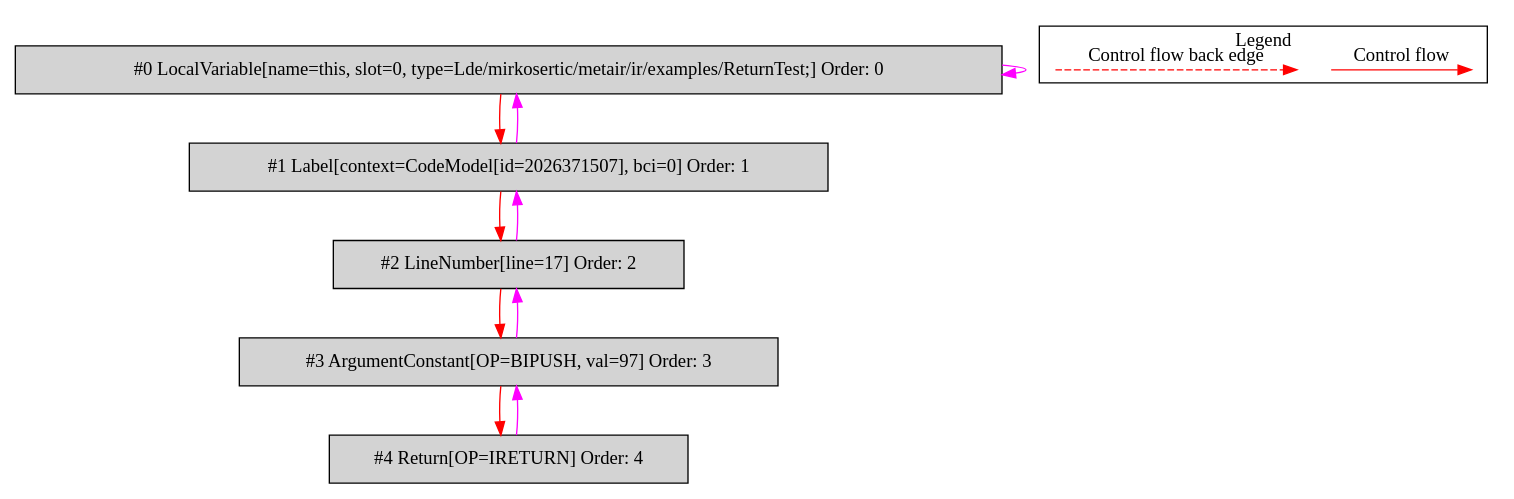
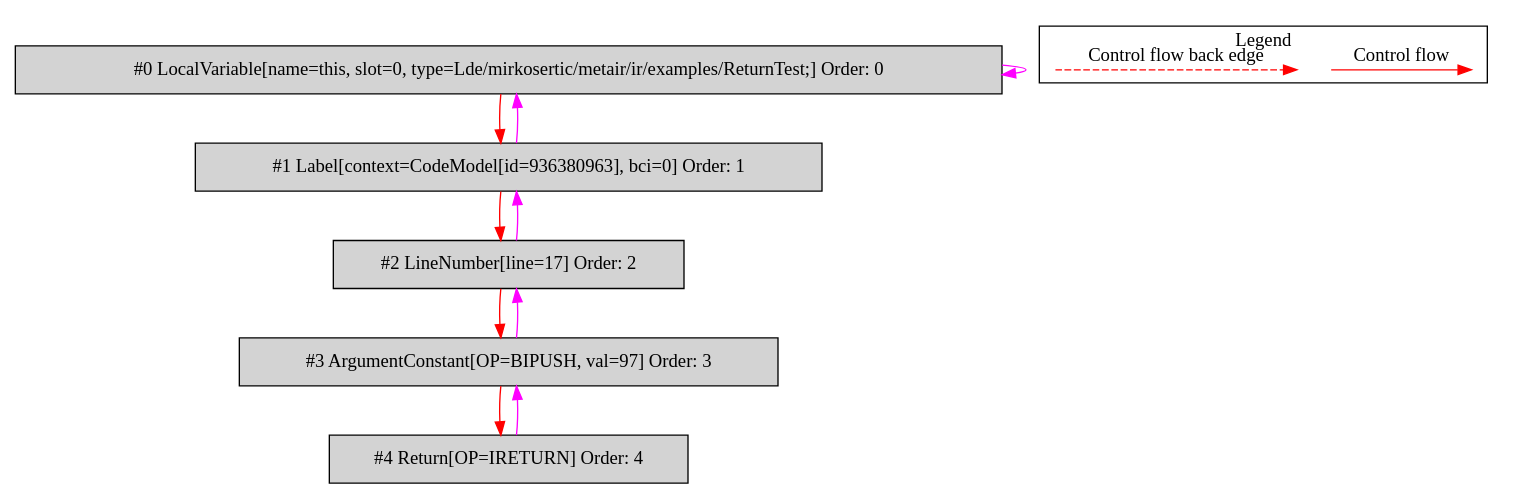
Before and after one commit to mirkosertic/MetaIR: the diagram in de.mirkosertic.metair.ir.examples.ReturnTest/returnChar/bytecodecfg.dot, drawn with Graphviz. The commit also changed 612 other files, not shown here.

```diff
--- a/de.mirkosertic.metair.ir.examples.ReturnTest/returnChar/bytecodecfg.dot
+++ b/de.mirkosertic.metair.ir.examples.ReturnTest/returnChar/bytecodecfg.dot
@@ -1,31 +1,31 @@
 digraph {
  ordering="in";
  node0[label="#0 LocalVariable[name=this, slot=0, type=Lde/mirkosertic/metair/ir/examples/ReturnTest;] Order: 0", shape=box, fillcolor=lightgrey, style=filled];
- node1[label="#1 Label[context=CodeModel[id=2026371507], bci=0] Order: 1", shape=box, fillcolor=lightgrey, style=filled];
+ node1[label="#1 Label[context=CodeModel[id=936380963], bci=0] Order: 1", shape=box, fillcolor=lightgrey, style=filled];
  node2[label="#2 LineNumber[line=17] Order: 2", shape=box, fillcolor=lightgrey, style=filled];
  node3[label="#3 ArgumentConstant[OP=BIPUSH, val=97] Order: 3", shape=box, fillcolor=lightgrey, style=filled];
  node4[label="#4 Return[OP=IRETURN] Order: 4", shape=box, fillcolor=lightgrey, style=filled];
  node0 -> node0[color=fuchsia];
  node0 -> node1[color=red];
  node1 -> node0[color=fuchsia];
  node1 -> node2[color=red];
  node2 -> node1[color=fuchsia];
  node2 -> node3[color=red];
  node3 -> node2[color=fuchsia];
  node3 -> node4[color=red];
  node4 -> node3[color=fuchsia];
  subgraph cluster_000 {
   label = "Legend";
   node [shape=point]
   {
    rank=same;
    c0 [style = invis];
    c1 [style = invis];
    c2 [style = invis];
    c3 [style = invis];
   }
   c0 -> c1 [label="Control flow", style=solid, color=red]
   c2 -> c3 [label="Control flow back edge", style=dashed, color=red]
  }
 
 }
```
